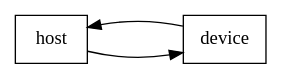
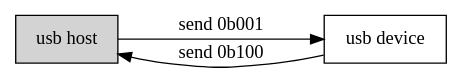
The diagram in dot/horizontal.dot (amitesh-singh/latex-samples), drawn with Graphviz before and after one commit. The commit also changed 2 other files, not shown here.

```diff
--- a/dot/horizontal.dot
+++ b/dot/horizontal.dot
@@ -1,12 +1,11 @@
 //dot -Txdot file.dot | dot2tex > file.tex
-
+//dot -Tpdf horizontal.dot -o horizontal_inc.pdf
 
 digraph ER{
      nodesep=1.0;
-     node[shape=box];
-     host;
-     device;
+     host[label="usb host", shape=box, style=filled, fillcolor=lightgrey];
+     device[label="usb device", shape=box];
      {rank=same;host,device}
-     host->device;
-     device->host;
+     host->device[label="send 0b001"];
+     device->host[label="send 0b100"];
 }
```
